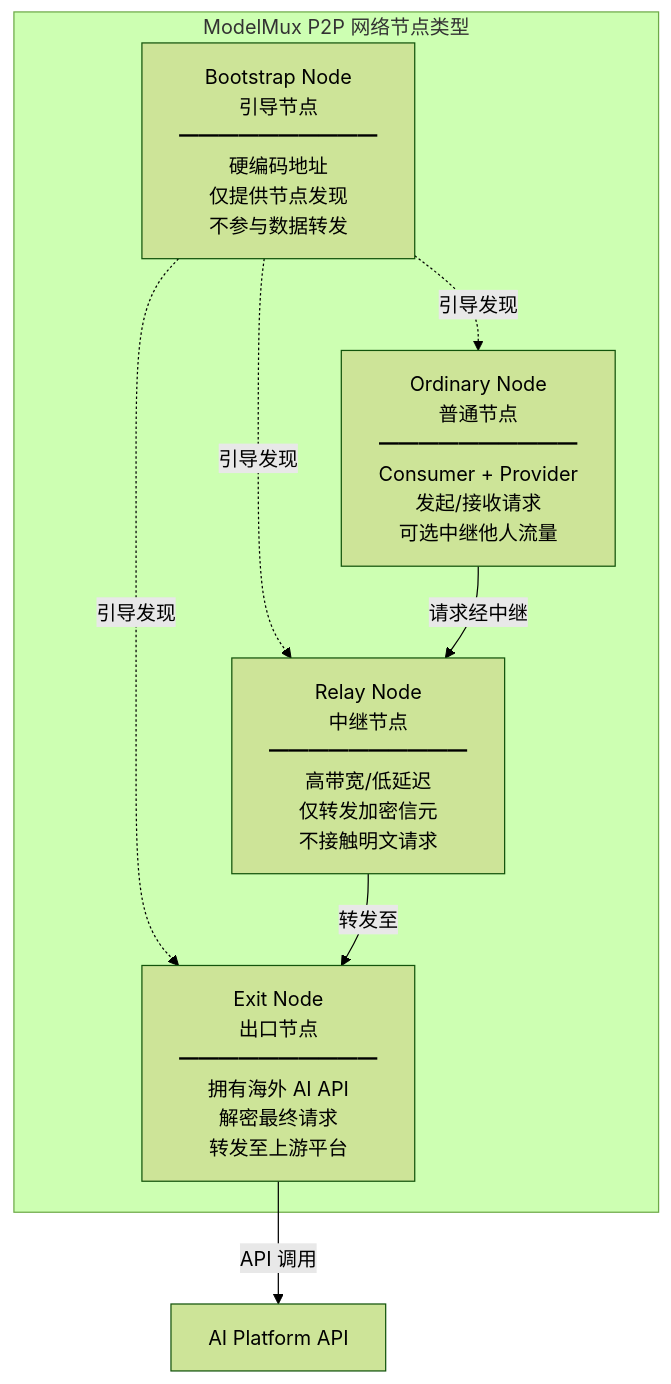
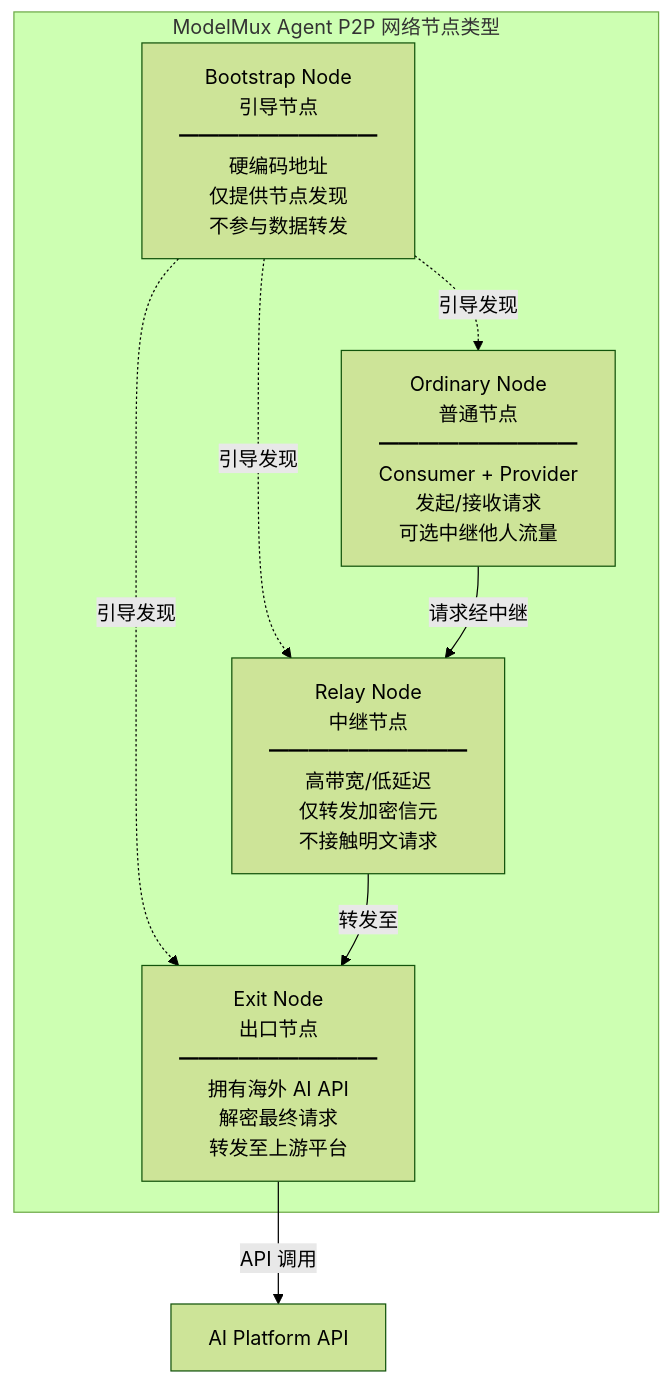
One commit to lisiyu/modelmux changed the first of 8 diagrams in docs/ModelMux_P2P_Architecture.md. Above: the diagram before and after it, drawn with Mermaid (forest theme). The commit also changed other lines of this file and 16 other files, not shown here.

Commit message:
refactor: 项目统一更名为 ModelMux Agent，强化 agent 定位

````diff
--- a/docs/ModelMux_P2P_Architecture.md
+++ b/docs/ModelMux_P2P_Architecture.md
@@ -67,16 +67,16 @@
 ```mermaid
 graph TB
-    subgraph "ModelMux P2P 网络节点类型"
+    subgraph "ModelMux Agent P2P 网络节点类型"
         BN[Bootstrap Node<br/>引导节点<br/>━━━━━━━━━━<br/>硬编码地址<br/>仅提供节点发现<br/>不参与数据转发]
         ON[Ordinary Node<br/>普通节点<br/>━━━━━━━━━━<br/>Consumer + Provider<br/>发起/接收请求<br/>可选中继他人流量]
         RN[Relay Node<br/>中继节点<br/>━━━━━━━━━━<br/>高带宽/低延迟<br/>仅转发加密信元<br/>不接触明文请求]
         EN[Exit Node<br/>出口节点<br/>━━━━━━━━━━<br/>拥有海外 AI API<br/>解密最终请求<br/>转发至上游平台]
     end
     
     BN -.->|引导发现| ON
     BN -.->|引导发现| RN
     BN -.->|引导发现| EN
     ON -->|请求经中继| RN
     RN -->|转发至| EN
     EN -->|API 调用| API[AI Platform API]
 ```
````
